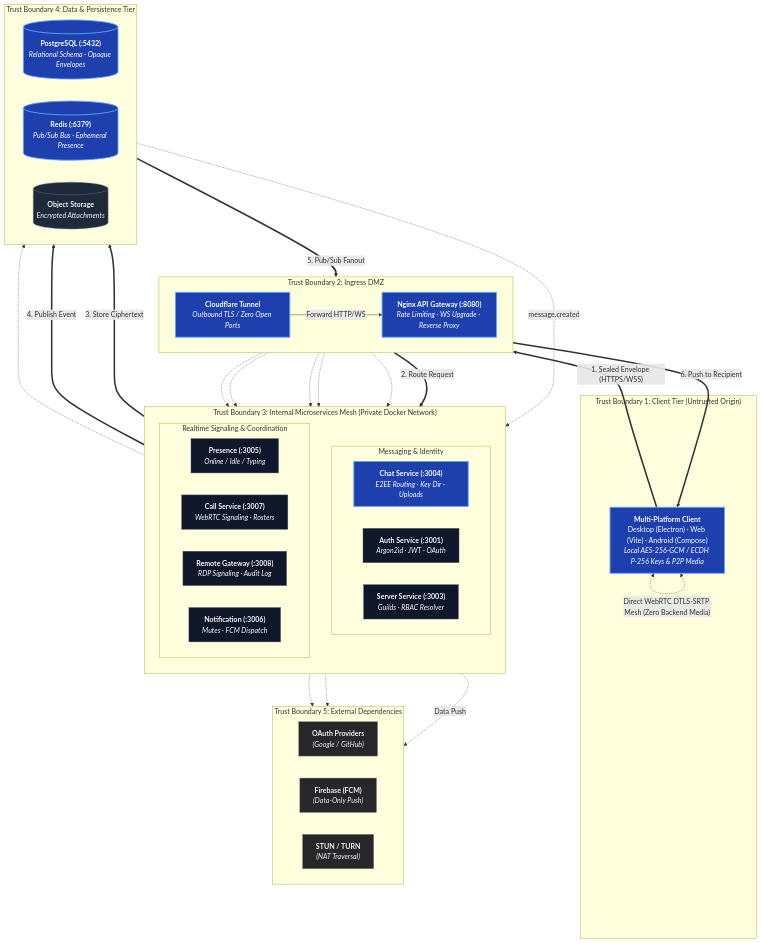
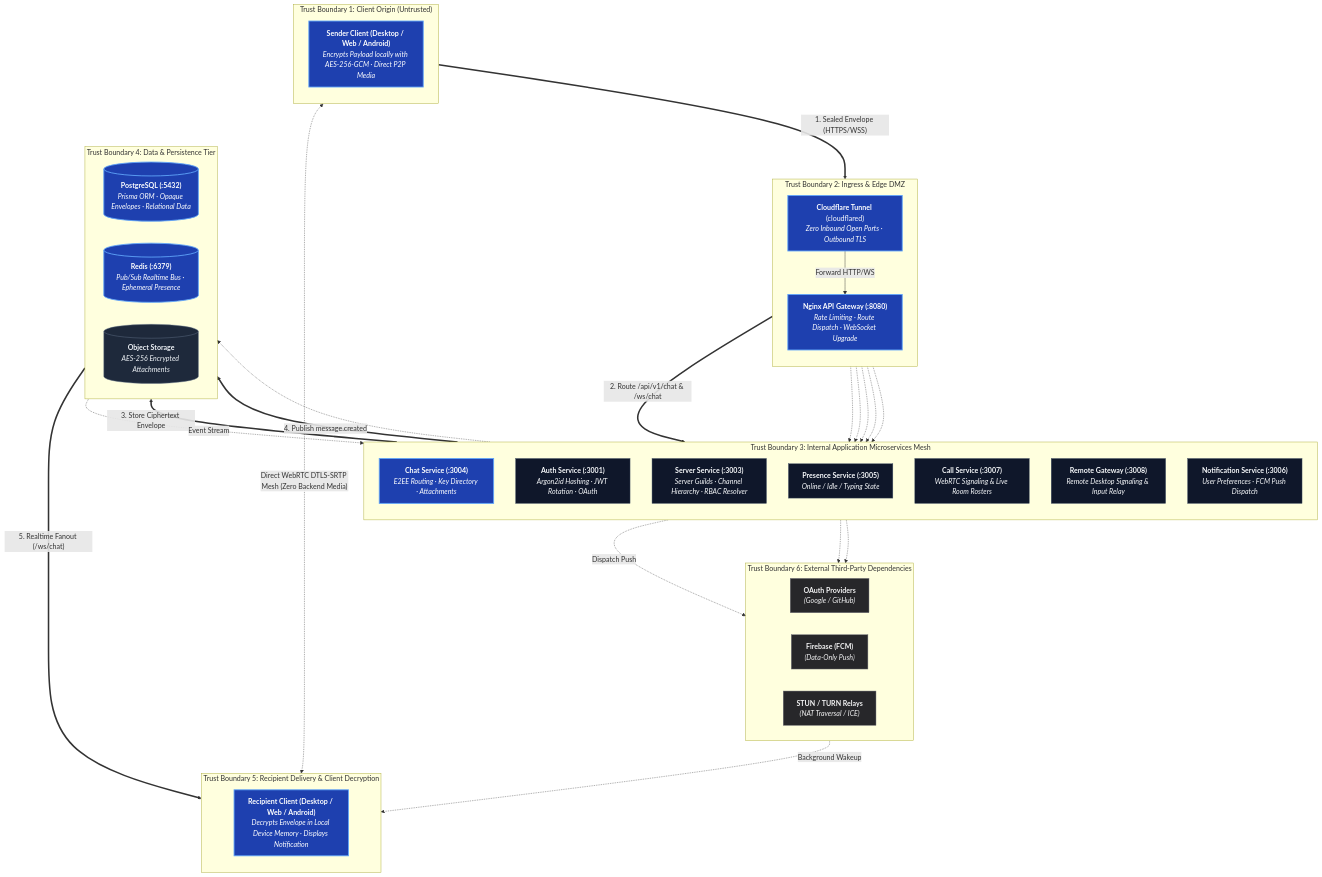
One commit to aiyu-ayaan/BetweenUs changed the diagram in docs/docs/architecture/overview.md. Above: the diagram before and after it, drawn with Mermaid. The commit also changed 2 other files, not shown here.

Commit message:
feat(docs): register zoom controls in MDXComponents and linearize architecture diagram

````diff
--- a/docs/docs/architecture/overview.md
+++ b/docs/docs/architecture/overview.md
@@ -15,59 +15,59 @@
 ```mermaid
 flowchart TD
-    %% TIER 1: CLIENTS
-    subgraph TB_CLIENTS ["Trust Boundary 1: Client Tier (Untrusted Origin)"]
-        Client["<b>Multi-Platform Client</b><br/>Desktop (Electron) · Web (Vite) · Android (Compose)<br/><i>Local AES-256-GCM / ECDH P-256 Keys & P2P Media</i>"]
+    %% TIER 1: CLIENT SENDER
+    subgraph T1 ["Trust Boundary 1: Client Origin (Untrusted)"]
+        direction TB
+        ClientSender["<b>Sender Client (Desktop / Web / Android)</b><br/><i>Encrypts Payload locally with AES-256-GCM · Direct P2P Media</i>"]
     end
 
-    %% TIER 2: EDGE INGRESS
-    subgraph TB_EDGE ["Trust Boundary 2: Ingress DMZ"]
-        direction LR
-        CFTunnel["<b>Cloudflare Tunnel</b><br/><i>Outbound TLS / Zero Open Ports</i>"]
-        Gateway["<b>Nginx API Gateway (:8080)</b><br/><i>Rate Limiting · WS Upgrade · Reverse Proxy</i>"]
+    %% TIER 2: INGRESS DMZ
+    subgraph T2 ["Trust Boundary 2: Ingress & Edge DMZ"]
+        direction TB
+        CFTunnel["<b>Cloudflare Tunnel</b> (cloudflared)<br/><i>Zero Inbound Open Ports · Outbound TLS</i>"]
+        Gateway["<b>Nginx API Gateway (:8080)</b><br/><i>Rate Limiting · Route Dispatch · WebSocket Upgrade</i>"]
         CFTunnel -->|"Forward HTTP/WS"| Gateway
     end
 
     %% TIER 3: SERVICES
-    subgraph TB_SERVICES ["Trust Boundary 3: Internal Microservices Mesh (Private Docker Network)"]
+    subgraph T3 ["Trust Boundary 3: Internal Application Microservices Mesh"]
         direction TB
-        subgraph CoreGroup ["Messaging & Identity"]
-            direction LR
-            ChatSvc["<b>Chat Service (:3004)</b><br/><i>E2EE Routing · Key Dir · Uploads</i>"]
-            AuthSvc["<b>Auth Service (:3001)</b><br/><i>Argon2id · JWT · OAuth</i>"]
-            ServerSvc["<b>Server Service (:3003)</b><br/><i>Guilds · RBAC Resolver</i>"]
-        end
-        subgraph RealtimeGroup ["Realtime Signaling & Coordination"]
-            direction LR
-            PresenceSvc["<b>Presence (:3005)</b><br/><i>Online / Idle / Typing</i>"]
-            CallSvc["<b>Call Service (:3007)</b><br/><i>WebRTC Signaling · Rosters</i>"]
-            RemoteGW["<b>Remote Gateway (:3008)</b><br/><i>RDP Signaling · Audit Log</i>"]
-            NotifSvc["<b>Notification (:3006)</b><br/><i>Mutes · FCM Dispatch</i>"]
-        end
+        ChatSvc["<b>Chat Service (:3004)</b><br/><i>E2EE Routing · Key Directory · Attachments</i>"]
+        AuthSvc["<b>Auth Service (:3001)</b><br/><i>Argon2id Hashing · JWT Rotation · OAuth</i>"]
+        ServerSvc["<b>Server Service (:3003)</b><br/><i>Server Guilds · Channel Hierarchy · RBAC Resolver</i>"]
+        PresenceSvc["<b>Presence Service (:3005)</b><br/><i>Online / Idle / Typing State</i>"]
+        CallSvc["<b>Call Service (:3007)</b><br/><i>WebRTC Signaling & Live Room Rosters</i>"]
+        RemoteGW["<b>Remote Gateway (:3008)</b><br/><i>Remote Desktop Signaling & Input Relay</i>"]
+        NotifSvc["<b>Notification Service (:3006)</b><br/><i>User Preferences · FCM Push Dispatch</i>"]
     end
 
-    %% TIER 4: PERSISTENCE & CACHE
-    subgraph TB_DATA ["Trust Boundary 4: Data & Persistence Tier"]
+    %% TIER 4: PERSISTENCE & DATA
+    subgraph T4 ["Trust Boundary 4: Data & Persistence Tier"]
         direction LR
-        PG[("<b>PostgreSQL (:5432)</b><br/><i>Relational Schema · Opaque Envelopes</i>")]
-        Redis[("<b>Redis (:6379)</b><br/><i>Pub/Sub Bus · Ephemeral Presence</i>")]
-        ObjStore[("<b>Object Storage</b><br/><i>Encrypted Attachments</i>")]
+        PG[("<b>PostgreSQL (:5432)</b><br/><i>Prisma ORM · Opaque Envelopes · Relational Data</i>")]
+        Redis[("<b>Redis (:6379)</b><br/><i>Pub/Sub Realtime Bus · Ephemeral Presence</i>")]
+        ObjStore[("<b>Object Storage</b><br/><i>AES-256 Encrypted Attachments</i>")]
     end
 
-    %% TIER 5: EXTERNAL SERVICES
-    subgraph TB_EXT ["Trust Boundary 5: External Dependencies"]
+    %% TIER 5: CLIENT RECIPIENT
+    subgraph T5 ["Trust Boundary 5: Recipient Delivery & Client Decryption"]
+        direction TB
+        ClientRecipient["<b>Recipient Client (Desktop / Web / Android)</b><br/><i>Decrypts Envelope in Local Device Memory · Displays Notification</i>"]
+    end
+
+    %% TIER 6: EXTERNAL SERVICES
+    subgraph T6 ["Trust Boundary 6: External Third-Party Dependencies"]
         direction LR
         ExtOAuth["<b>OAuth Providers</b><br/><i>(Google / GitHub)</i>"]
         ExtFCM["<b>Firebase (FCM)</b><br/><i>(Data-Only Push)</i>"]
-        ExtTURN["<b>STUN / TURN</b><br/><i>(NAT Traversal)</i>"]
+        ExtTURN["<b>STUN / TURN Relays</b><br/><i>(NAT Traversal / ICE)</i>"]
     end
 
     %% PRIMARY RUNTIME PATH: E2EE MESSAGE INGESTION & REALTIME FANOUT
-    Client ==>|"1. Sealed Envelope (HTTPS/WSS)"| CFTunnel
-    Gateway ==>|"2. Route Request"| ChatSvc
-    ChatSvc ==>|"3. Store Ciphertext"| PG
-    ChatSvc ==>|"4. Publish Event"| Redis
-    Redis ==>|"5. Pub/Sub Fanout"| Gateway
-    Gateway ==>|"6. Push to Recipient"| Client
+    ClientSender ==>|"1. Sealed Envelope (HTTPS/WSS)"| CFTunnel
+    Gateway ==>|"2. Route /api/v1/chat & /ws/chat"| ChatSvc
+    ChatSvc ==>|"3. Store Ciphertext Envelope"| PG
+    ChatSvc ==>|"4. Publish message.created"| Redis
+    Redis ==>|"5. Realtime Fanout (/ws/chat)"| ClientRecipient
 
     %% SECONDARY & ASYNC INTEGRATIONS
     ChatSvc -.-> ObjStore
@@ -77,13 +77,15 @@
     Gateway -.-> CallSvc
     Gateway -.-> RemoteGW
 
-    Redis -.->|"message.created"| NotifSvc
-    NotifSvc -.->|"Data Push"| ExtFCM
+    Redis -.->|"Event Stream"| NotifSvc
+    NotifSvc -.->|"Dispatch Push"| ExtFCM
+    ExtFCM -.->|"Background Wakeup"| ClientRecipient
+
     AuthSvc -.-> ExtOAuth
     CallSvc -.-> ExtTURN
 
     %% DIRECT P2P MEDIA (BYPASSES BACKEND)
-    Client <-.->|"Direct WebRTC DTLS-SRTP Mesh (Zero Backend Media)"| Client
+    ClientSender <-.->|"Direct WebRTC DTLS-SRTP Mesh (Zero Backend Media)"| ClientRecipient
 
     %% Styling
     classDef primary fill:#1e40af,stroke:#60a5fa,stroke-width:2px,color:#ffffff;
@@ -91,7 +93,7 @@
     classDef data fill:#1e293b,stroke:#64748b,stroke-width:1px,color:#f1f5f9;
     classDef external fill:#27272a,stroke:#71717a,stroke-width:1px,color:#f4f4f5;
 
-    class Client,CFTunnel,Gateway,ChatSvc,PG,Redis primary;
+    class ClientSender,CFTunnel,Gateway,ChatSvc,PG,Redis,ClientRecipient primary;
     class AuthSvc,ServerSvc,PresenceSvc,CallSvc,RemoteGW,NotifSvc service;
     class ObjStore data;
     class ExtOAuth,ExtFCM,ExtTURN external;
````
